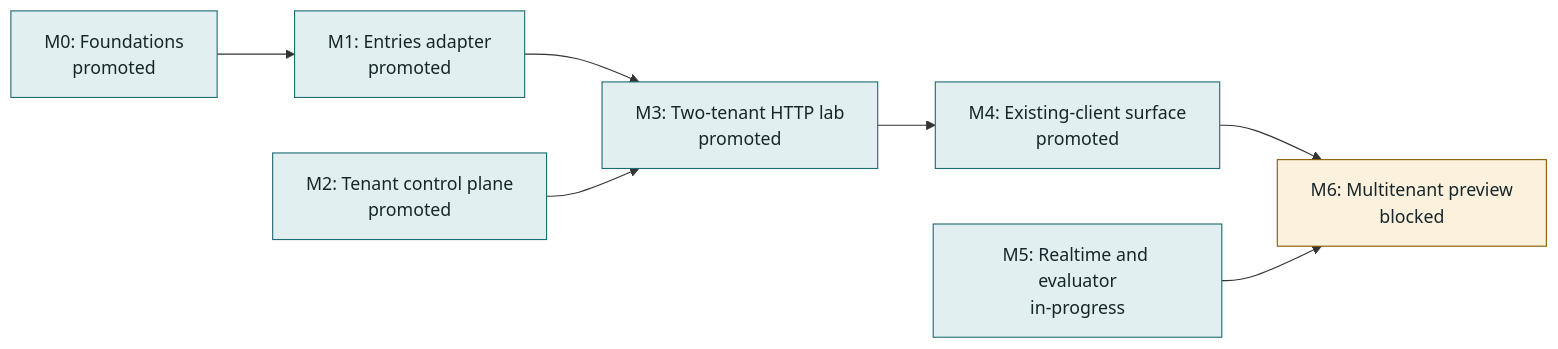
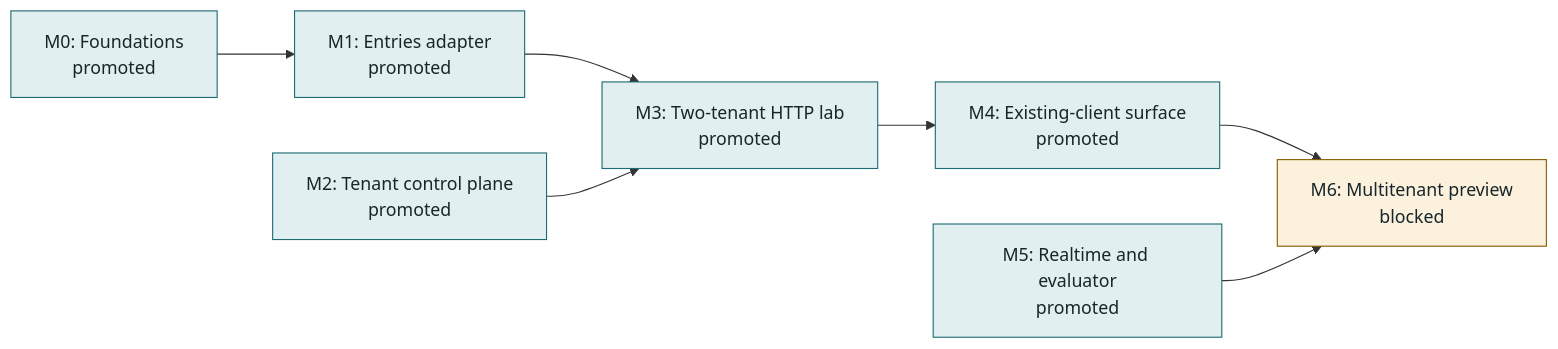
One commit to bewest/rag-nightscout-ecosystem-alignment changed the first of 2 diagrams in docs/30-design/tenancy/multitenant-delivery-dashboard.md. Above: the diagram before and after it, drawn with Mermaid. The commit also changed other lines of this file and 10 other files, not shown here.

````diff
--- a/docs/30-design/tenancy/multitenant-delivery-dashboard.md
+++ b/docs/30-design/tenancy/multitenant-delivery-dashboard.md
@@ -19,26 +19,26 @@
 ```mermaid
 flowchart LR
   M0["M0: Foundations<br/>promoted"]
   M1["M1: Entries adapter<br/>promoted"]
   M2["M2: Tenant control plane<br/>promoted"]
   M3["M3: Two-tenant HTTP lab<br/>promoted"]
   M4["M4: Existing-client surface<br/>promoted"]
-  M5["M5: Realtime and evaluator<br/>in-progress"]
+  M5["M5: Realtime and evaluator<br/>promoted"]
   M6["M6: Multitenant preview<br/>blocked"]
   M0 --> M1
   M1 --> M3
   M2 --> M3
   M3 --> M4
   M4 --> M6
   M5 --> M6
   classDef active fill:#e2eff0,stroke:#1d6b73,color:#17262a
   classDef waiting fill:#fbf1dc,stroke:#8a5a00,color:#17262a
   classDef planned fill:#f6f8f8,stroke:#55686d,color:#17262a
   class M0 active
   class M1 active
   class M2 active
   class M3 active
   class M4 active
   class M5 active
   class M6 waiting
 ```
````
